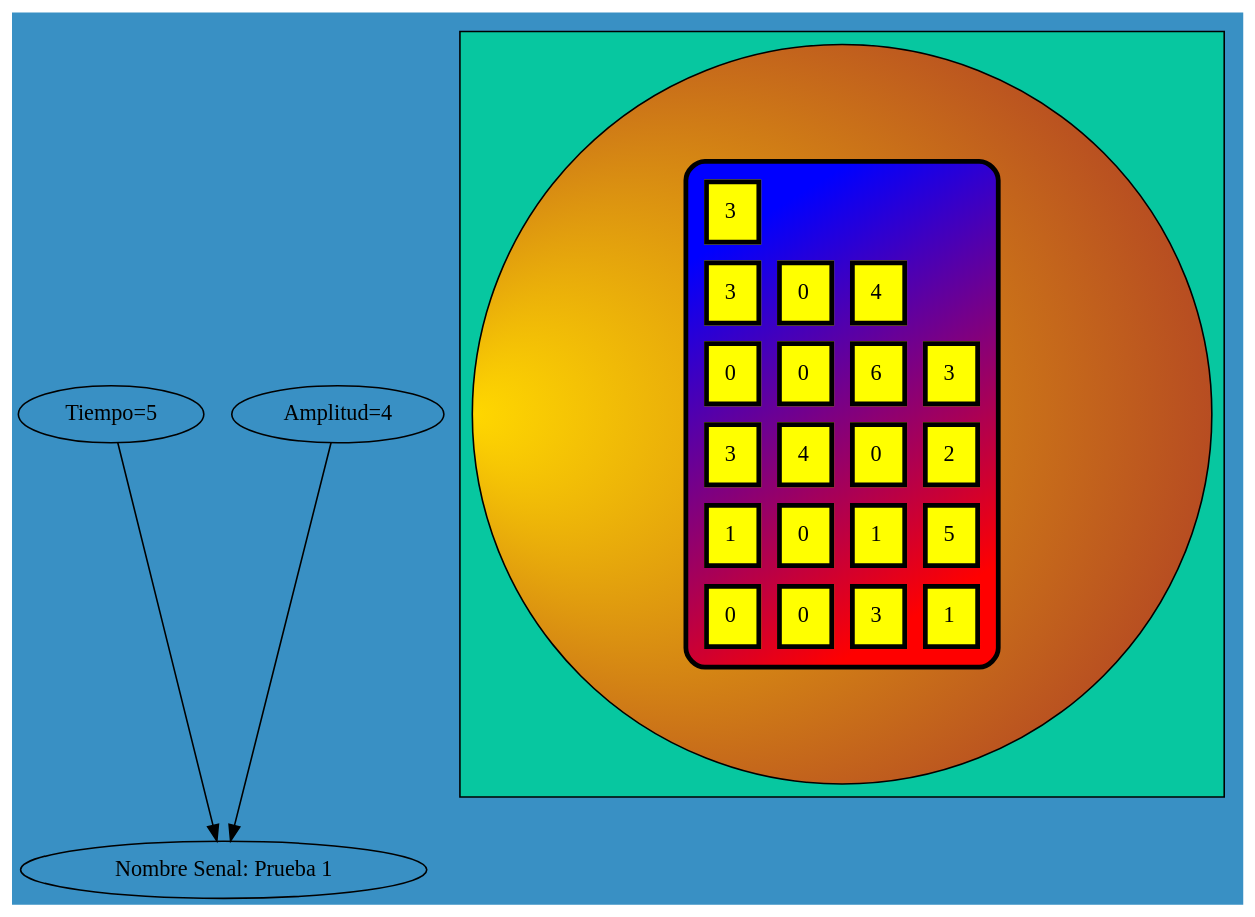
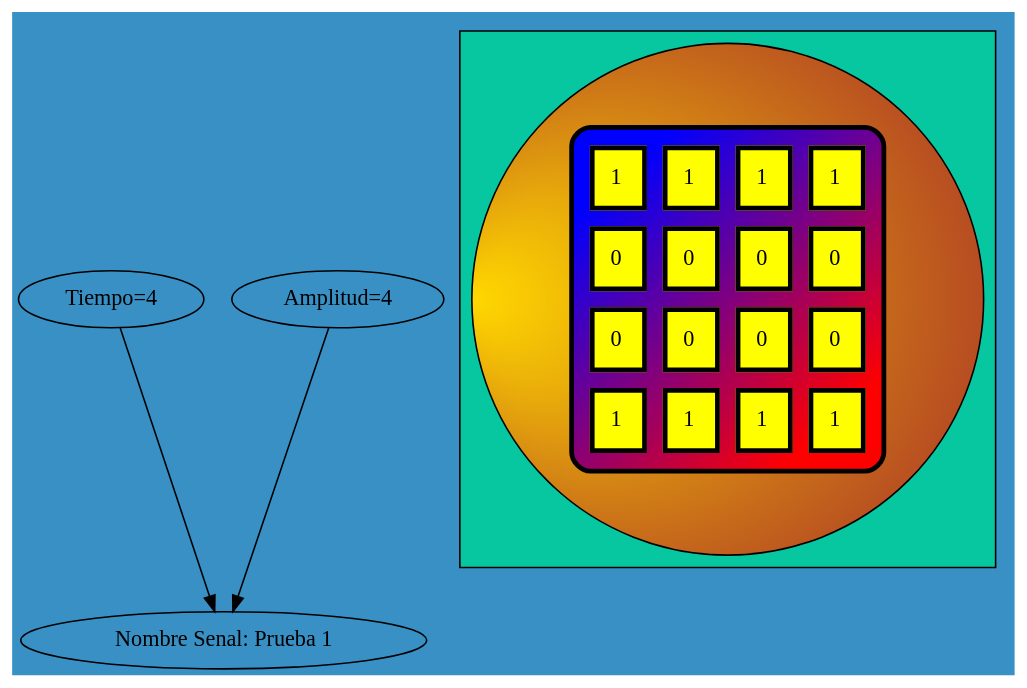
Before and after one commit to riverroman/IPC2-Proyecto-1-202100096: the diagram in bb.dot, drawn with Graphviz. The commit also changed 33 other files, not shown here.

```diff
--- a/bb.dot
+++ b/bb.dot
@@ -1,35 +1,29 @@
 
 
-            digraph G {"Tiempo=5","Amplitud=4"->" Nombre Senal: Prueba 1" bgcolor="#3990C4" style="filled"
+            digraph G {"Tiempo=4","Amplitud=4"->" Nombre Senal: Prueba 1" bgcolor="#3990C4" style="filled"
             subgraph cluster_1 { fillcolor="#07c7a0" style="filled"
             node [shape=circle fillcolor="gold:brown" style="radial" gradientangle=180]
             a0 [ label=<
             <TABLE border="3" cellspacing="10" cellpadding="10" style="rounded" bgcolor="blue:red" gradientangle="315">
-<TR><TD border="3" bgcolor="yellow" gradientangle="315">3</TD>
-</TR>
-<TR><TD border="3" bgcolor="yellow" gradientangle="315">3</TD>
-<TD border="3" bgcolor="yellow" gradientangle="315">0</TD>
-<TD border="3" bgcolor="yellow" gradientangle="315">4</TD>
+<TR><TD border="3" bgcolor="yellow" gradientangle="315">1</TD>
+<TD border="3" bgcolor="yellow" gradientangle="315">1</TD>
+<TD border="3" bgcolor="yellow" gradientangle="315">1</TD>
+<TD border="3" bgcolor="yellow" gradientangle="315">1</TD>
 </TR>
 <TR><TD border="3" bgcolor="yellow" gradientangle="315">0</TD>
 <TD border="3" bgcolor="yellow" gradientangle="315">0</TD>
-<TD border="3" bgcolor="yellow" gradientangle="315">6</TD>
-<TD border="3" bgcolor="yellow" gradientangle="315">3</TD>
-</TR>
-<TR><TD border="3" bgcolor="yellow" gradientangle="315">3</TD>
-<TD border="3" bgcolor="yellow" gradientangle="315">4</TD>
 <TD border="3" bgcolor="yellow" gradientangle="315">0</TD>
-<TD border="3" bgcolor="yellow" gradientangle="315">2</TD>
-</TR>
-<TR><TD border="3" bgcolor="yellow" gradientangle="315">1</TD>
 <TD border="3" bgcolor="yellow" gradientangle="315">0</TD>
-<TD border="3" bgcolor="yellow" gradientangle="315">1</TD>
-<TD border="3" bgcolor="yellow" gradientangle="315">5</TD>
 </TR>
 <TR><TD border="3" bgcolor="yellow" gradientangle="315">0</TD>
 <TD border="3" bgcolor="yellow" gradientangle="315">0</TD>
-<TD border="3" bgcolor="yellow" gradientangle="315">3</TD>
+<TD border="3" bgcolor="yellow" gradientangle="315">0</TD>
+<TD border="3" bgcolor="yellow" gradientangle="315">0</TD>
+</TR>
+<TR><TD border="3" bgcolor="yellow" gradientangle="315">1</TD>
+<TD border="3" bgcolor="yellow" gradientangle="315">1</TD>
+<TD border="3" bgcolor="yellow" gradientangle="315">1</TD>
 <TD border="3" bgcolor="yellow" gradientangle="315">1</TD>
  </TR></TABLE>>];
                 }
                 }
```
